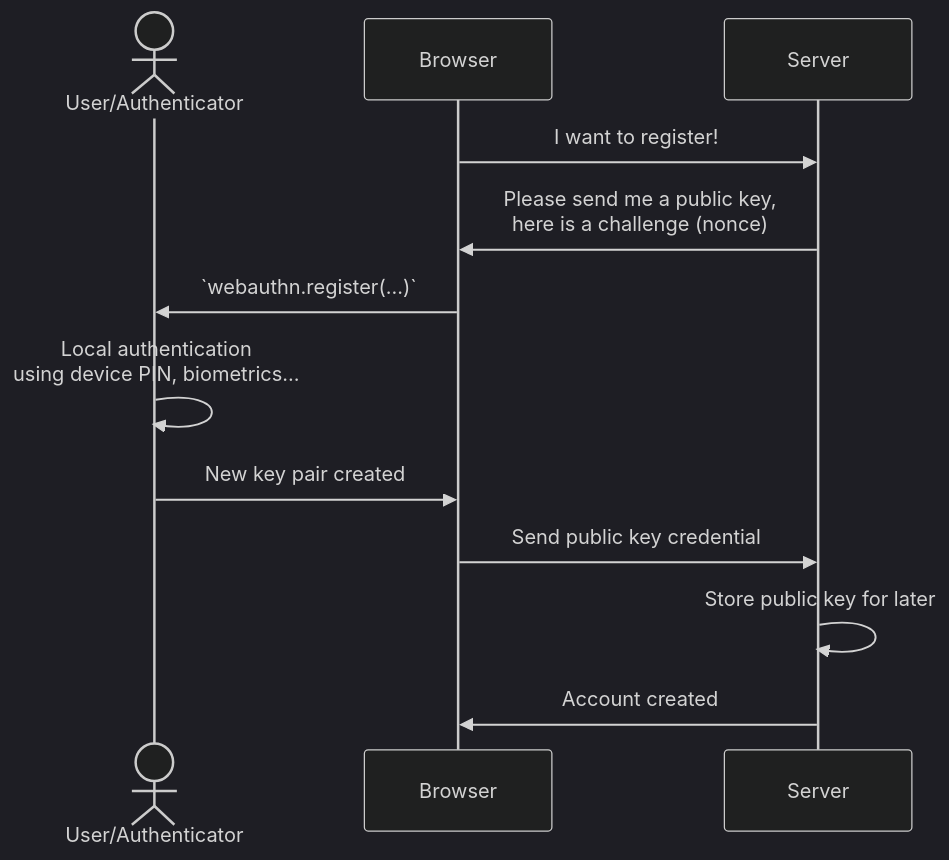
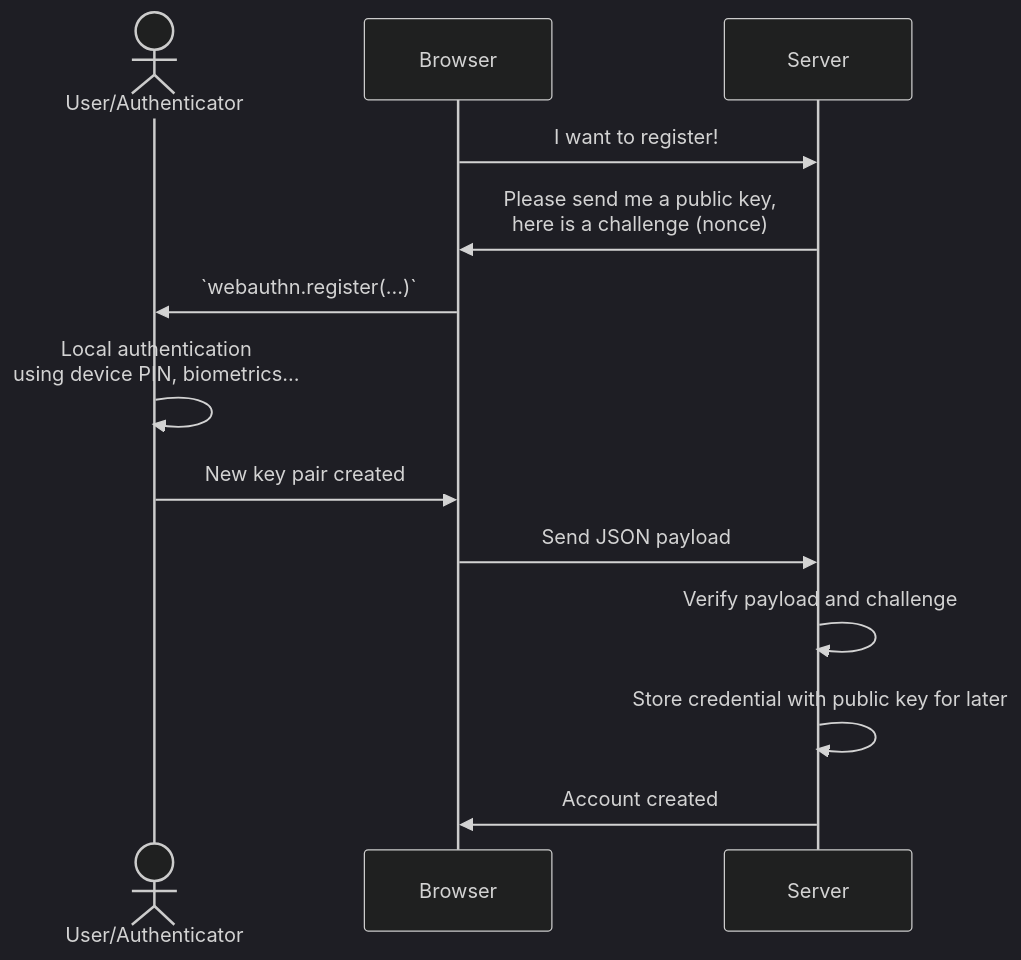
One commit to passwordless-id/webauthn changed the diagram in docs/registration.md. Above: the diagram before and after it, drawn with Mermaid (dark theme). The commit also changed other lines of this file, not shown here.

````diff
--- a/docs/registration.md
+++ b/docs/registration.md
@@ -7,15 +7,16 @@
 ```mermaid
 sequenceDiagram
   actor User as User/Authenticator
   participant Browser
   participant Server
   
   Browser->>Server: I want to register!
   Server->>Browser: Please send me a public key, <br>here is a challenge (nonce)
   Browser->>User: `webauthn.register(...)`
   User->>User: Local authentication <br> using device PIN, biometrics...
   User->>Browser: New key pair created
-  Browser->>Server: Send public key credential
-  Server->>Server: Store public key for later
+  Browser->>Server: Send JSON payload
+  Server->>Server: Verify payload and challenge
+  Server->>Server: Store credential with public key for later
   Server->>Browser: Account created
 ```
````
